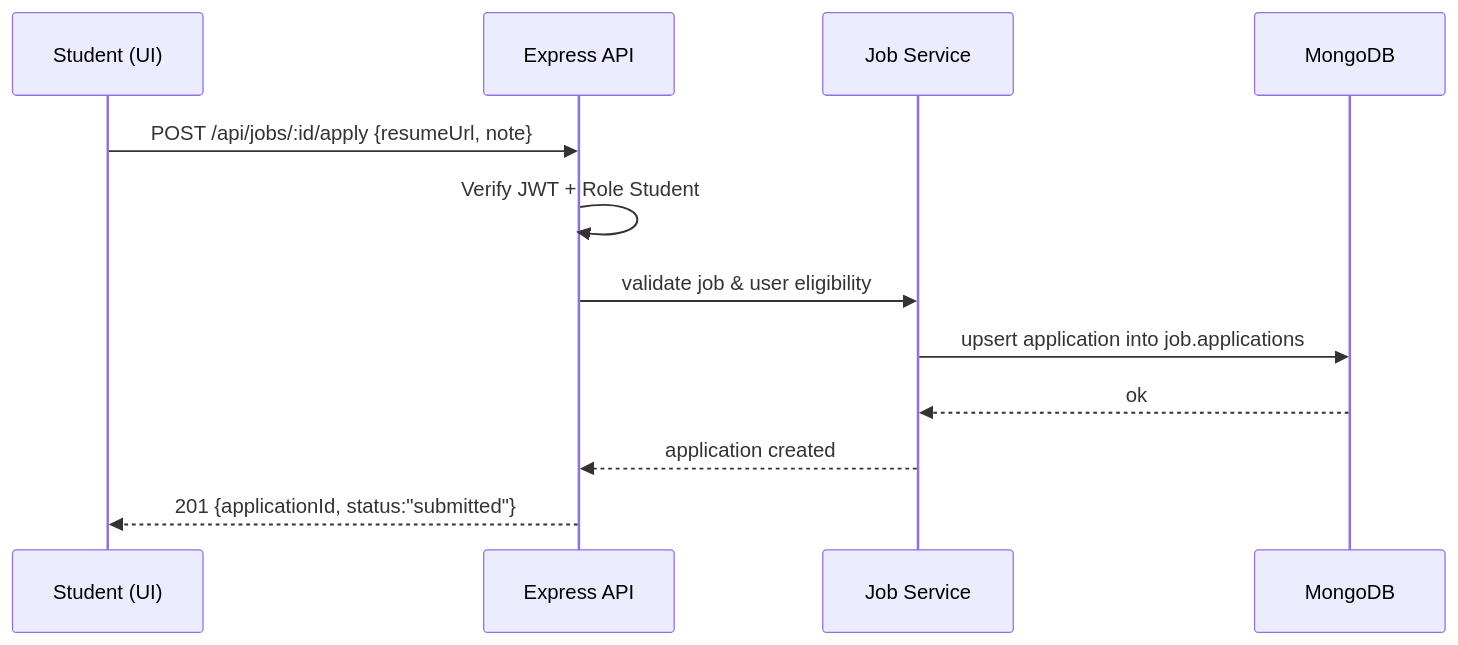
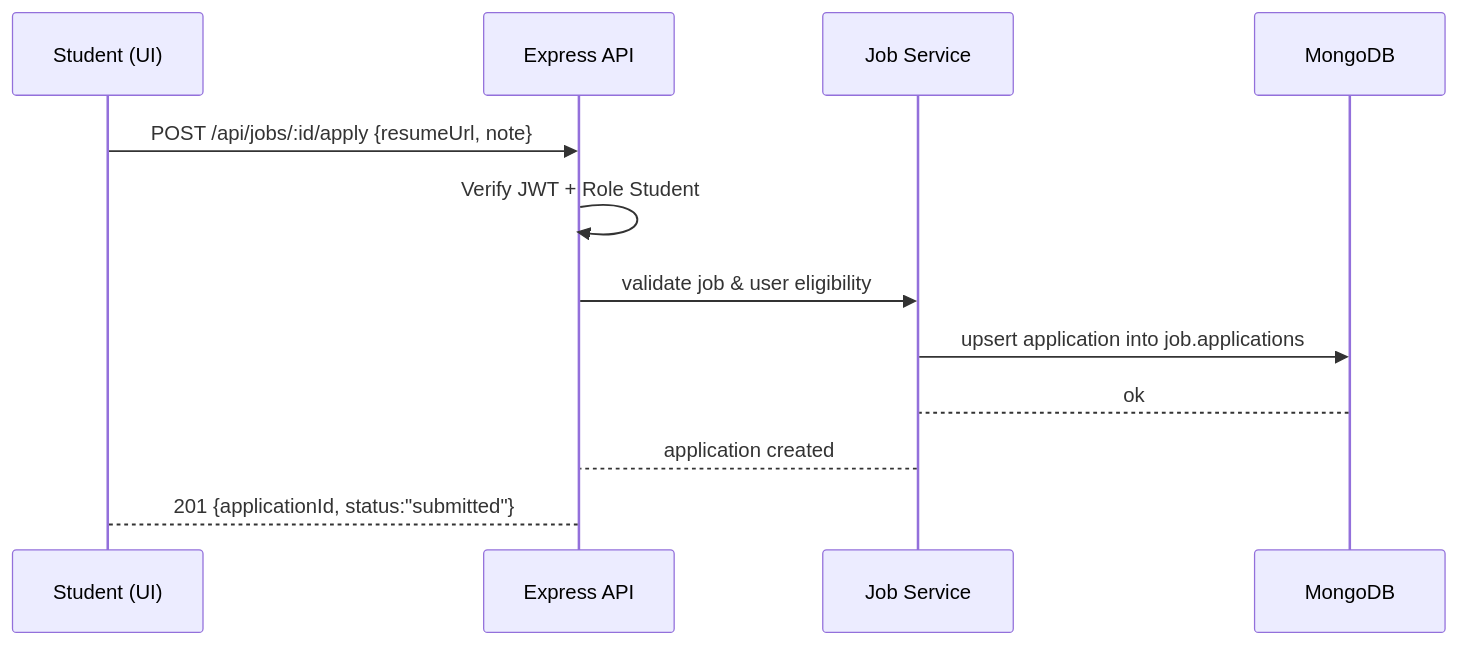
The fifth of 12 diagrams in docs/SDD_Alumni_Association_Platform.md (saurabhraj25aug2004/__Alumni_association_website), drawn with Mermaid before and after one commit. The commit also changed other lines of this file, not shown here.

Commit message:
diagram fix

````diff
--- a/docs/SDD_Alumni_Association_Platform.md
+++ b/docs/SDD_Alumni_Association_Platform.md
@@ -145,14 +154,14 @@
 ```mermaid
 sequenceDiagram
   participant S as Student (UI)
   participant API as Express API
   participant JOB as Job Service
   participant DB as MongoDB
   S->>API: POST /api/jobs/:id/apply {resumeUrl, note}
   API->>API: Verify JWT + Role Student
   API->>JOB: validate job & user eligibility
   JOB->>DB: upsert application into job.applications
-  DB-->>JOB: ok
-  JOB-->>API: application created
-  API-->>S: 201 {applicationId, status:"submitted"}
+  DB-->JOB: ok
+  JOB-->API: application created
+  API-->S: 201 {applicationId, status:"submitted"}
 ```
````
